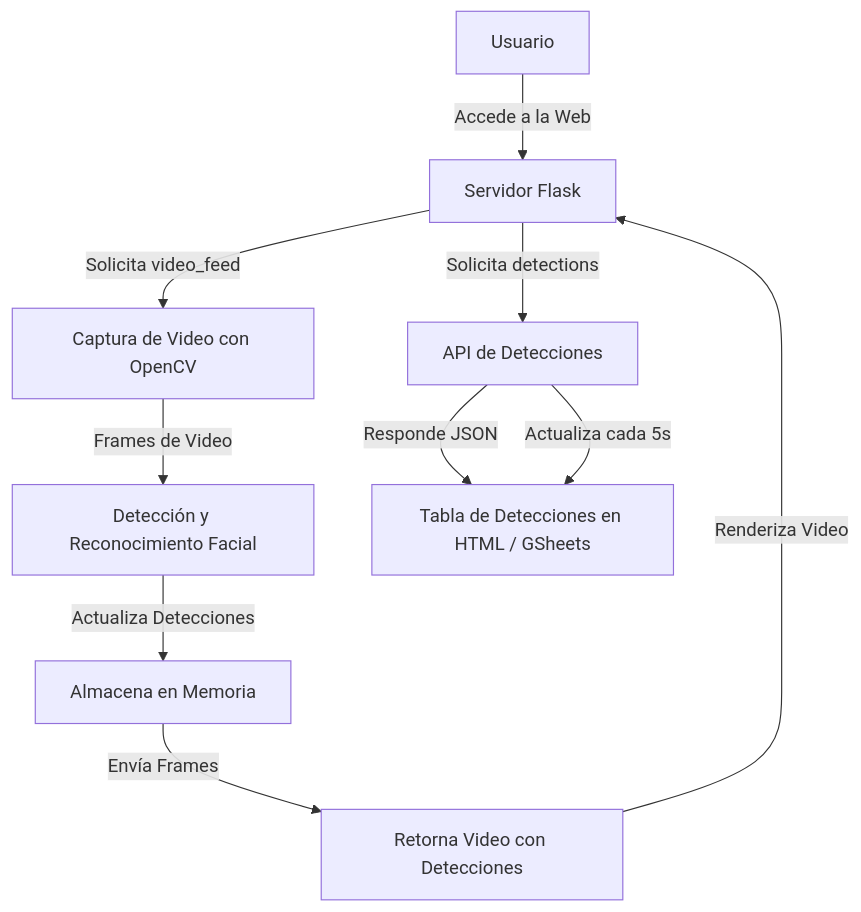
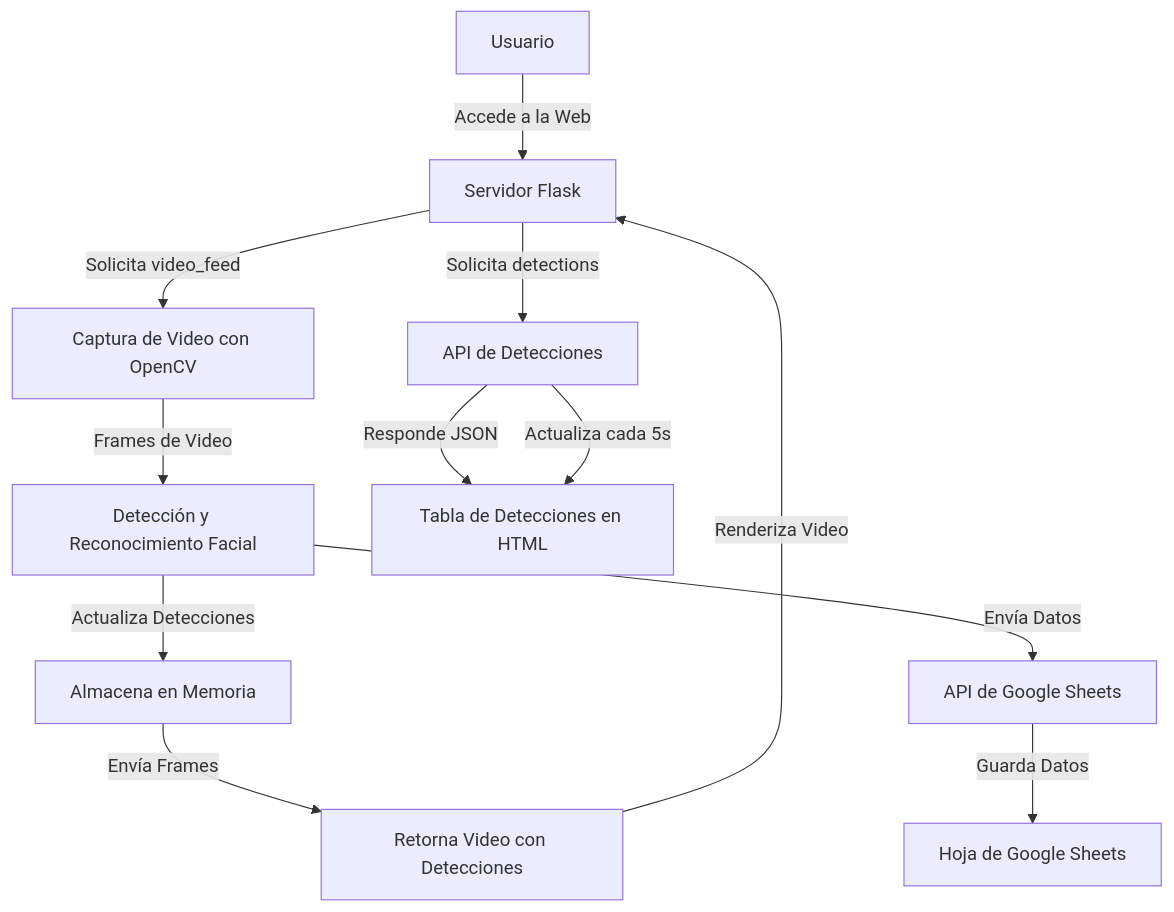
Before and after one commit to jhmarina/app-reconocimiento-facial: the second of 2 diagrams in README.md, drawn with Mermaid. The commit also changed other lines of this file, not shown here.

Commit message:
Actualiza mermaid para incluir Google Sheets

````diff
--- a/README.md
+++ b/README.md
@@ -49,12 +50,14 @@
 ```mermaid
 graph TD
-    A[Usuario] -->|Accede a la Web| B[Servidor Flask]
-    B -->|Solicita video_feed| C[Captura de Video con OpenCV]
-    C -->|Frames de Video| D[Detección y Reconocimiento Facial]
-    D -->|Actualiza Detecciones| E[Almacena en Memoria]
-    E -->|Envía Frames| F[Retorna Video con Detecciones]
-    F -->|Renderiza Video| B
-    B -->|Solicita detections| G[API de Detecciones]
-    G -->|Responde JSON| H[Tabla de Detecciones en HTML / GSheets]
-    G -->|Actualiza cada 5s| H
+    G[Usuario] -->|Accede a la Web| H[Servidor Flask]
+    H -->|Solicita video_feed| I[Captura de Video con OpenCV]
+    I -->|Frames de Video| J[Detección y Reconocimiento Facial]
+    J -->|Actualiza Detecciones| K[Almacena en Memoria]
+    J -->|Envía Datos| L[API de Google Sheets]
+    L -->|Guarda Datos| M[Hoja de Google Sheets]
+    K -->|Envía Frames| N[Retorna Video con Detecciones]
+    N -->|Renderiza Video| H
+    H -->|Solicita detections| O[API de Detecciones]
+    O -->|Responde JSON| P[Tabla de Detecciones en HTML]
+    O -->|Actualiza cada 5s| P
 ```
````
